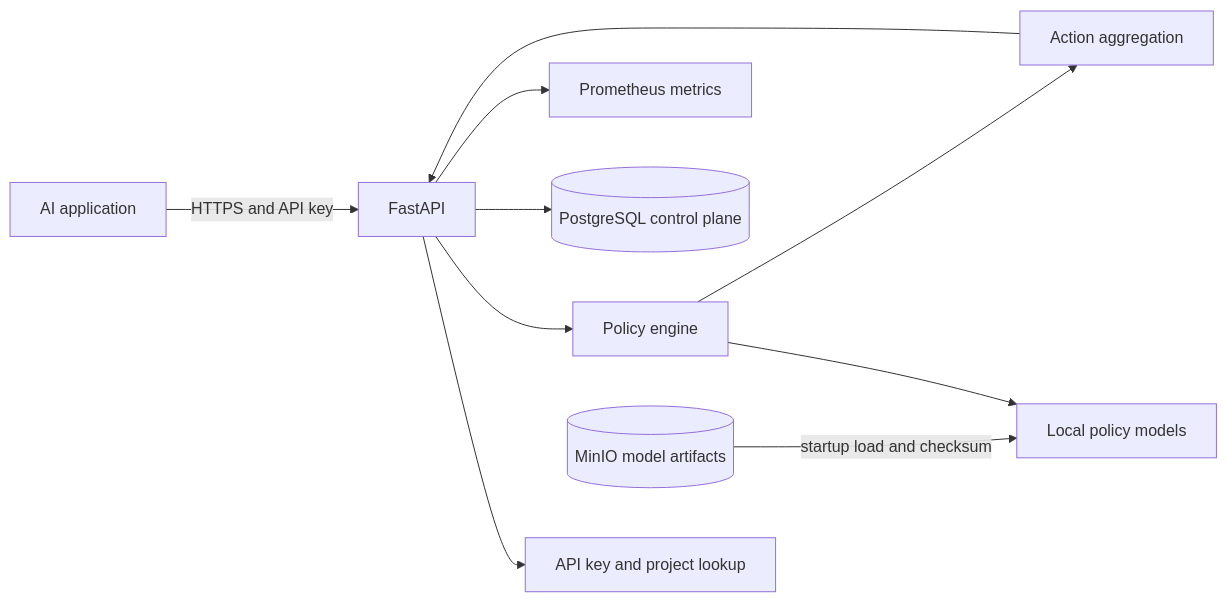
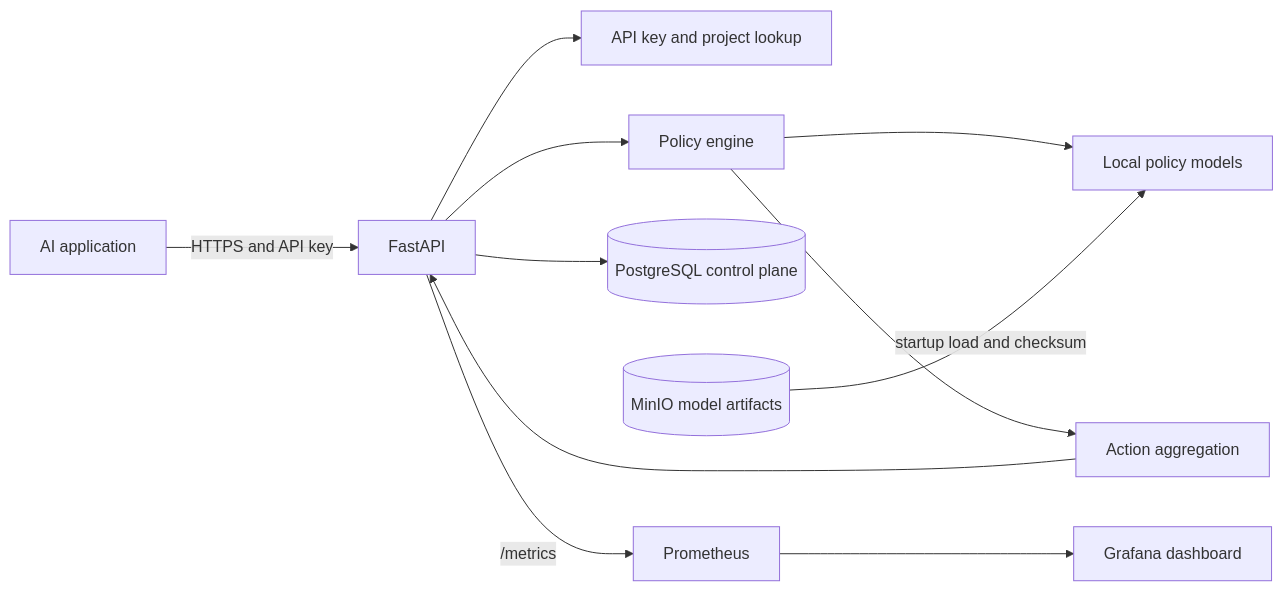
The diagram in docs/architecture/system-overview.md (amanpratapsingh54/guardrail-mini), drawn with Mermaid before and after one commit. The commit also changed other lines of this file and 23 other files, not shown here.

Commit message:
Add structured observability and Grafana dashboard

````diff
--- a/docs/architecture/system-overview.md
+++ b/docs/architecture/system-overview.md
@@ -9,12 +9,13 @@
 ```mermaid
 flowchart LR
     Client[AI application] -->|HTTPS and API key| API[FastAPI]
     API --> Auth[API key and project lookup]
     API --> Engine[Policy engine]
     Engine --> Models[Local policy models]
     Engine --> Decision[Action aggregation]
     Decision --> API
     API --> DB[(PostgreSQL control plane)]
-    API --> Metrics[Prometheus metrics]
+    API -->|/metrics| Prom[Prometheus]
+    Prom --> Grafana[Grafana dashboard]
     Registry[(MinIO model artifacts)] -->|startup load and checksum| Models
 ```
````
